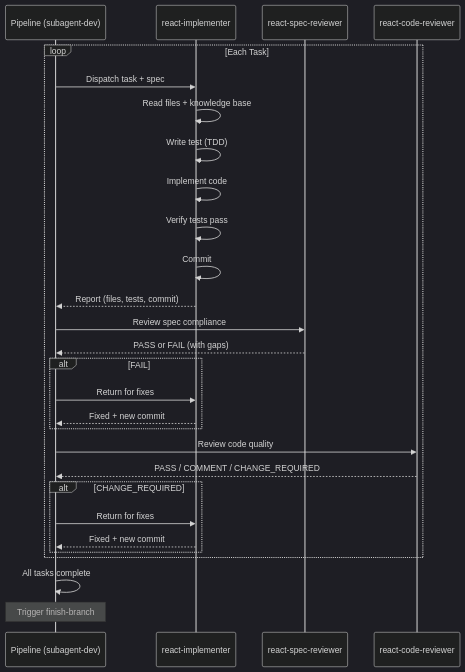
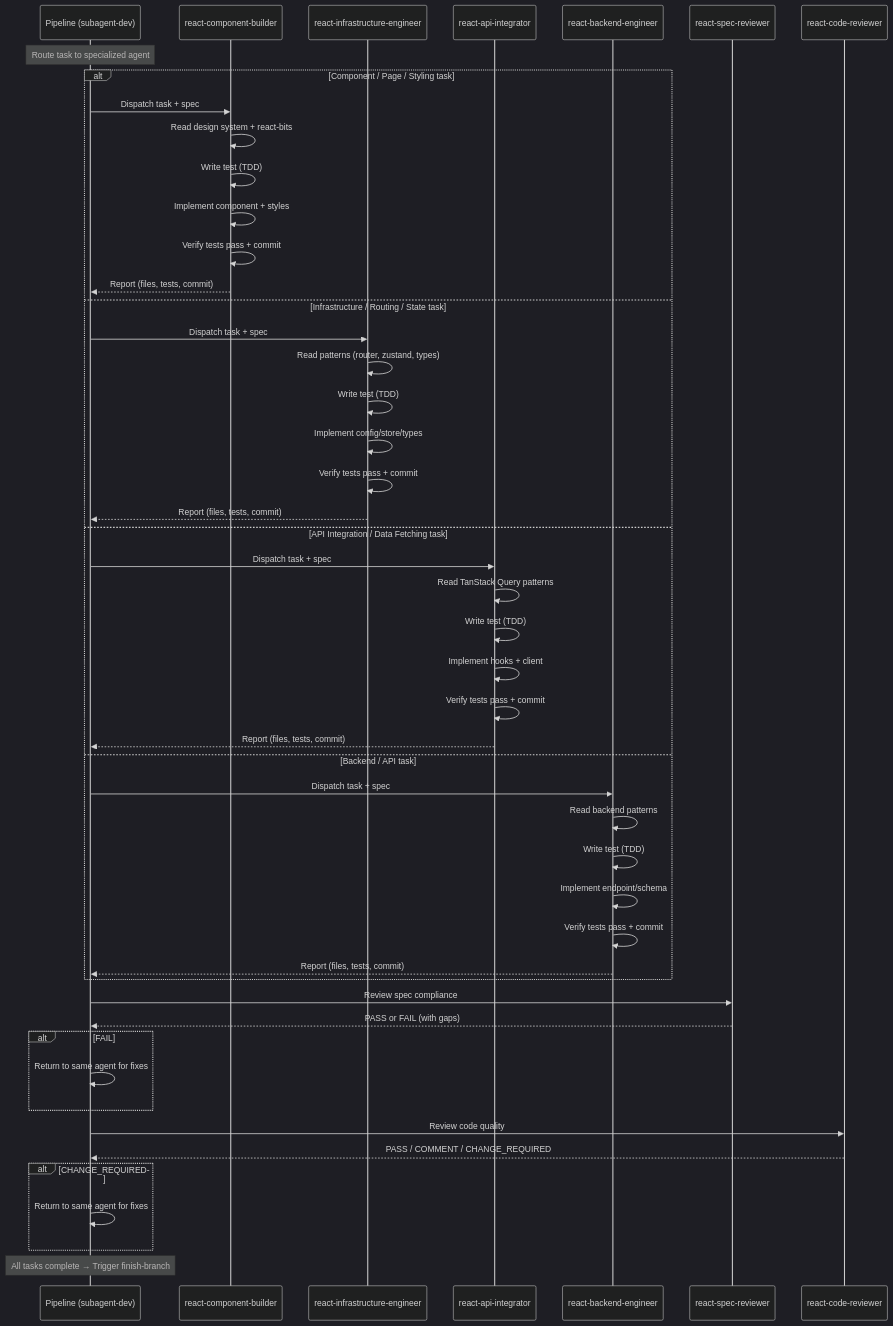
The diagram in docs/diagrams/agent-flow.mmd (houtaohayden-design/react-fullstack-pipeline), drawn with Mermaid (dark theme) before and after one commit. The commit also changed 9 other files, not shown here.

First line of the commit message:
feat: split react-implementer into 3 specialized implementation agents

```diff
--- a/docs/diagrams/agent-flow.mmd
+++ b/docs/diagrams/agent-flow.mmd
@@ -1,34 +1,55 @@
 sequenceDiagram
     participant P as Pipeline (subagent-dev)
-    participant I as react-implementer
+    participant CB as react-component-builder
+    participant IE as react-infrastructure-engineer
+    participant AI as react-api-integrator
+    participant BE as react-backend-engineer
     participant SR as react-spec-reviewer
     participant CR as react-code-reviewer
 
-    loop Each Task
-        P->>I: Dispatch task + spec
-        I->>I: Read files + knowledge base
-        I->>I: Write test (TDD)
-        I->>I: Implement code
-        I->>I: Verify tests pass
-        I->>I: Commit
-        I-->>P: Report (files, tests, commit)
-
-        P->>SR: Review spec compliance
-        SR-->>P: PASS or FAIL (with gaps)
-
-        alt FAIL
-            P->>I: Return for fixes
-            I-->>P: Fixed + new commit
-        end
-
-        P->>CR: Review code quality
-        CR-->>P: PASS / COMMENT / CHANGE_REQUIRED
-
-        alt CHANGE_REQUIRED
-            P->>I: Return for fixes
-            I-->>P: Fixed + new commit
-        end
+    Note over P: Route task to specialized agent
+    alt Component / Page / Styling task
+        P->>CB: Dispatch task + spec
+        CB->>CB: Read design system + react-bits
+        CB->>CB: Write test (TDD)
+        CB->>CB: Implement component + styles
+        CB->>CB: Verify tests pass + commit
+        CB-->>P: Report (files, tests, commit)
+    else Infrastructure / Routing / State task
+        P->>IE: Dispatch task + spec
+        IE->>IE: Read patterns (router, zustand, types)
+        IE->>IE: Write test (TDD)
+        IE->>IE: Implement config/store/types
+        IE->>IE: Verify tests pass + commit
+        IE-->>P: Report (files, tests, commit)
+    else API Integration / Data Fetching task
+        P->>AI: Dispatch task + spec
+        AI->>AI: Read TanStack Query patterns
+        AI->>AI: Write test (TDD)
+        AI->>AI: Implement hooks + client
+        AI->>AI: Verify tests pass + commit
+        AI-->>P: Report (files, tests, commit)
+    else Backend / API task
+        P->>BE: Dispatch task + spec
+        BE->>BE: Read backend patterns
+        BE->>BE: Write test (TDD)
+        BE->>BE: Implement endpoint/schema
+        BE->>BE: Verify tests pass + commit
+        BE-->>P: Report (files, tests, commit)
     end
 
-    P->>P: All tasks complete
-    Note over P: Trigger finish-branch
+    P->>SR: Review spec compliance
+    SR-->>P: PASS or FAIL (with gaps)
+
+    alt FAIL
+        P->>P: Return to same agent for fixes
+    end
+
+    P->>CR: Review code quality
+    CR-->>P: PASS / COMMENT / CHANGE_REQUIRED
+
+    alt CHANGE_REQUIRED
+        P->>P: Return to same agent for fixes
+    end
+
+    Note over P: All tasks complete → Trigger finish-branch
```
